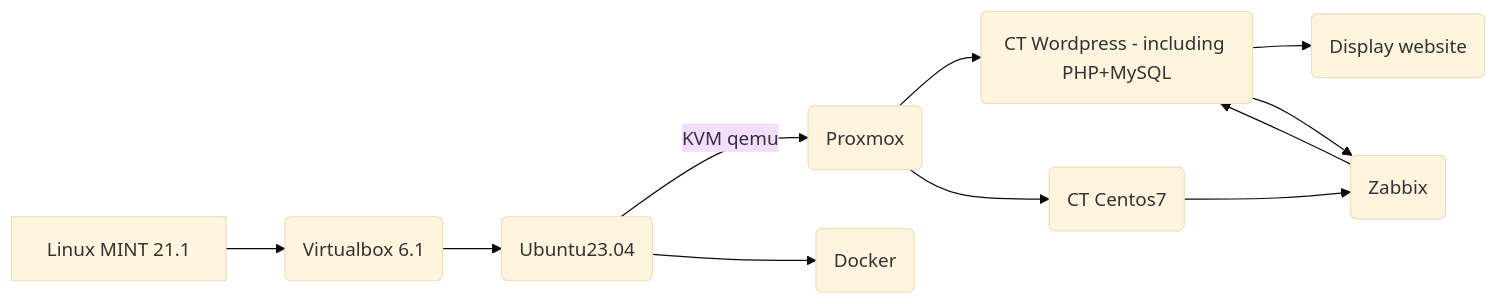
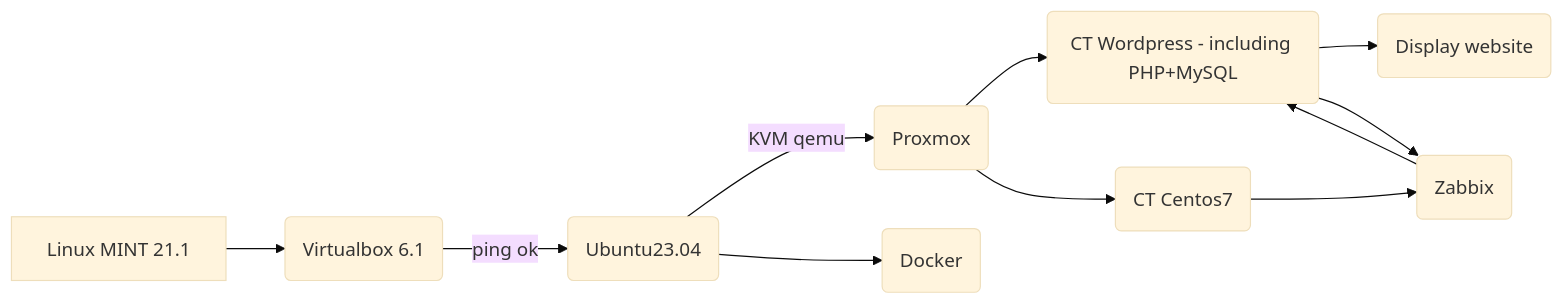
Before and after one commit to DanyAAD90/DevOps_junior_Wordpress: the diagram in Project.md, drawn with Mermaid (base theme).

````diff
--- a/Project.md
+++ b/Project.md
@@ -3,13 +3,13 @@
 ```mermaid
 graph LR
 A[Linux MINT 21.1] --> B(Virtualbox 6.1)
-B --> C(Ubuntu23.04)
+B -- ping ok --> C(Ubuntu23.04)
 C -- KVM qemu --> D(Proxmox)
 D --> E(CT Wordpress - including PHP+MySQL)
 E --> G(Display website)
 C --> F(Docker)
 D --> H(CT Centos7)
 H --> I(Zabbix)
 I --> E
 E --> I
 ```
````
